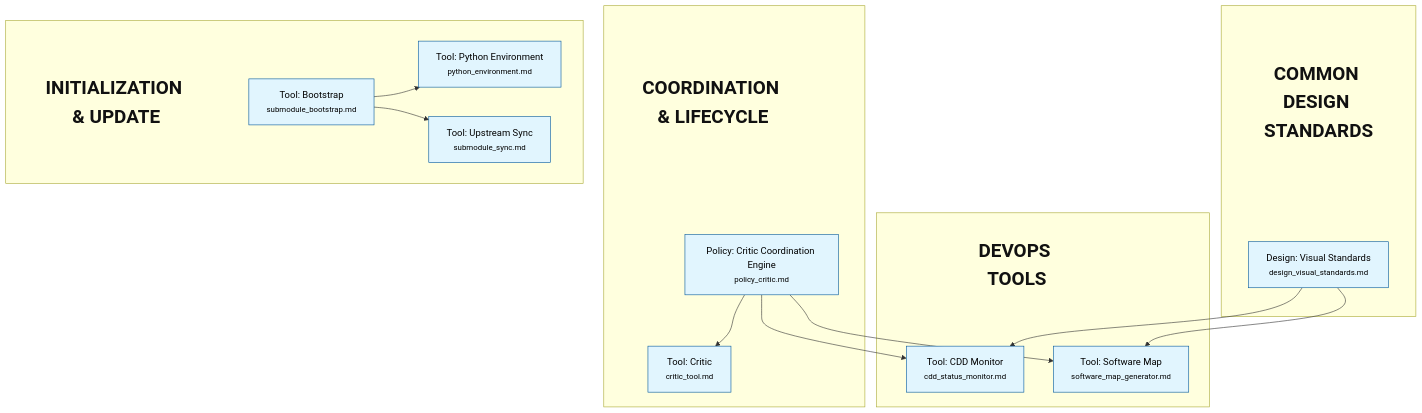
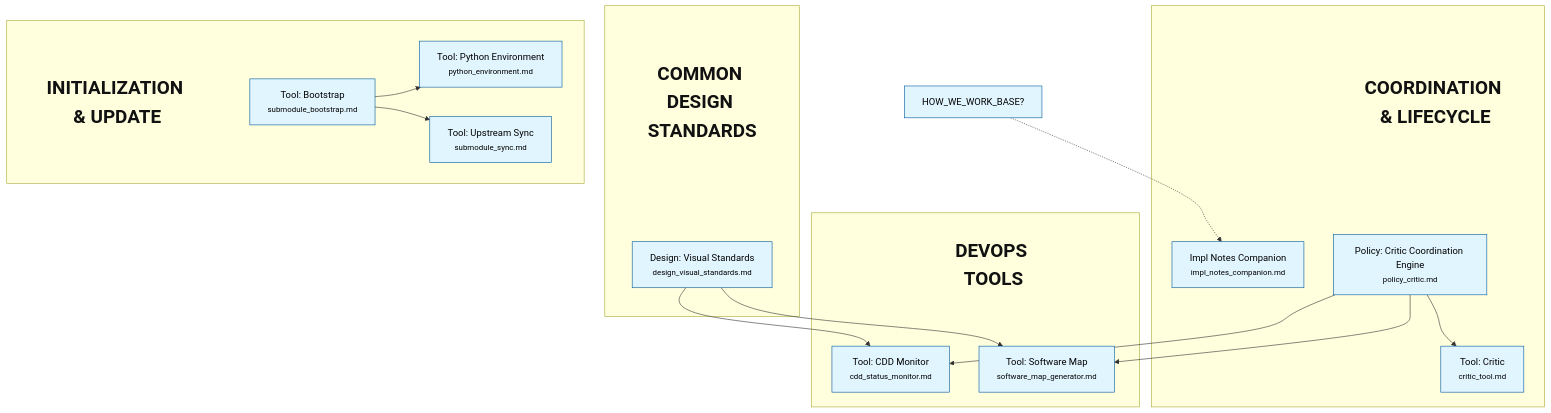
Before and after one commit to rlabarca/purlin: the diagram in README.md, drawn with Mermaid. The commit also changed 20 other files, not shown here.

````diff
--- a/README.md
+++ b/README.md
@@ -163,59 +163,62 @@
 ```mermaid
 flowchart TD
 
 
     subgraph Common_Design_Standards [" "]
         title_Common_Design_Standards["COMMON DESIGN STANDARDS"]
         design_visual_standards["Design: Visual Standards<br/><small>design_visual_standards.md</small>"]
         title_Common_Design_Standards ~~~ design_visual_standards
     end
 
     subgraph Coordination_&_Lifecycle [" "]
         title_Coordination_&_Lifecycle["COORDINATION & LIFECYCLE"]
         critic_tool["Tool: Critic<br/><small>critic_tool.md</small>"]
         title_Coordination_&_Lifecycle ~~~ critic_tool
+        impl_notes_companion["Impl Notes Companion<br/><small>impl_notes_companion.md</small>"]
+        title_Coordination_&_Lifecycle ~~~ impl_notes_companion
         policy_critic["Policy: Critic Coordination Engine<br/><small>policy_critic.md</small>"]
         title_Coordination_&_Lifecycle ~~~ policy_critic
     end
 
     subgraph DevOps_Tools [" "]
         title_DevOps_Tools["DEVOPS TOOLS"]
         cdd_status_monitor["Tool: CDD Monitor<br/><small>cdd_status_monitor.md</small>"]
         title_DevOps_Tools ~~~ cdd_status_monitor
         software_map_generator["Tool: Software Map<br/><small>software_map_generator.md</small>"]
         title_DevOps_Tools ~~~ software_map_generator
     end
 
     subgraph Initialization_&_Update [" "]
         title_Initialization_&_Update["INITIALIZATION & UPDATE"]
         python_environment["Tool: Python Environment<br/><small>python_environment.md</small>"]
         title_Initialization_&_Update ~~~ python_environment
         submodule_bootstrap["Tool: Bootstrap<br/><small>submodule_bootstrap.md</small>"]
         title_Initialization_&_Update ~~~ submodule_bootstrap
         submodule_sync["Tool: Upstream Sync<br/><small>submodule_sync.md</small>"]
         title_Initialization_&_Update ~~~ submodule_sync
     end
 
     %% Relationships
     policy_critic --> cdd_status_monitor
     design_visual_standards --> cdd_status_monitor
     policy_critic --> critic_tool
+    HOW_WE_WORK_BASE["HOW_WE_WORK_BASE?"] -.-> impl_notes_companion
     submodule_bootstrap --> python_environment
     policy_critic --> software_map_generator
     design_visual_standards --> software_map_generator
     submodule_bootstrap --> submodule_sync
 
     %% Styling Definitions
     classDef default fill:#e1f5fe,stroke:#01579b,stroke-width:1px,color:black;
     classDef release fill:#f96,stroke:#333,stroke-width:2px,color:black,font-weight:bold;
     classDef hardware fill:#e8f5e9,stroke:#2e7d32,stroke-width:1px,color:black;
     classDef ui fill:#f3e5f5,stroke:#7b1fa2,stroke-width:1px,color:black;
     classDef process fill:#f1f8e9,stroke:#558b2f,stroke-width:1px,color:black;
     classDef subgraphTitle fill:none,stroke:none,color:#111,font-size:32px,font-weight:bold;
 
     %% Style Applications
     class title_Common_Design_Standards subgraphTitle;
     class title_Coordination_&_Lifecycle subgraphTitle;
     class title_DevOps_Tools subgraphTitle;
     class title_Initialization_&_Update subgraphTitle;
 ```
````
